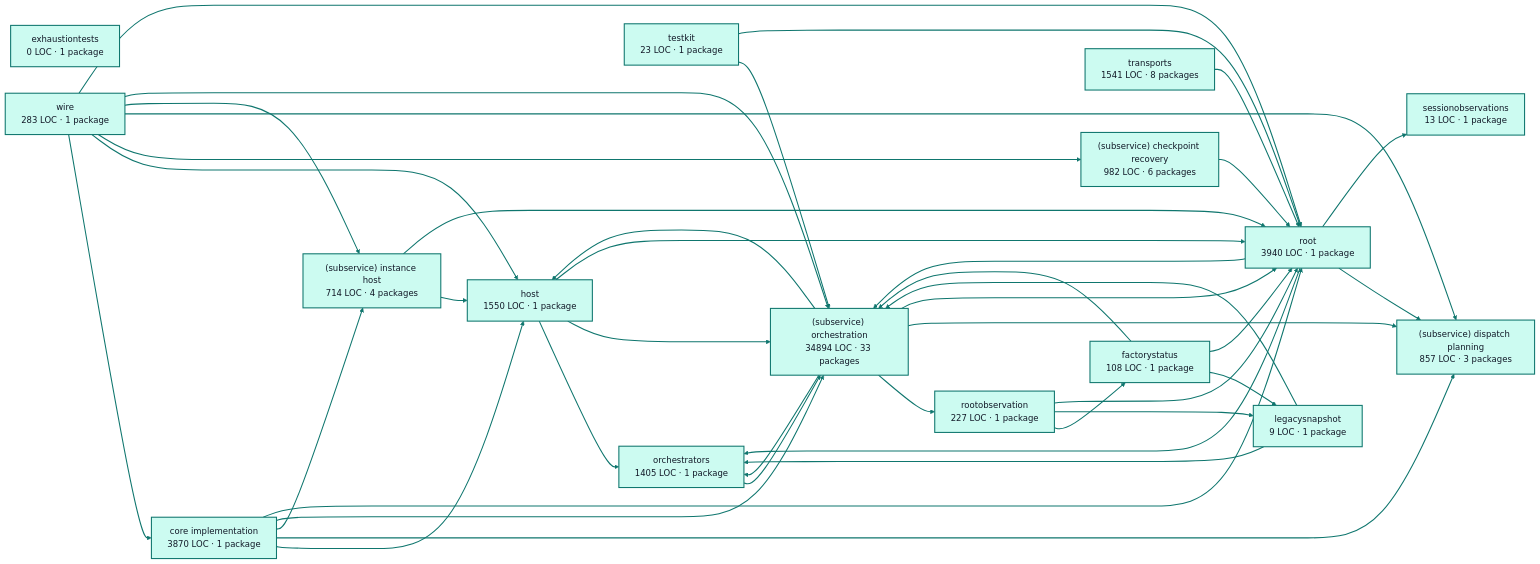
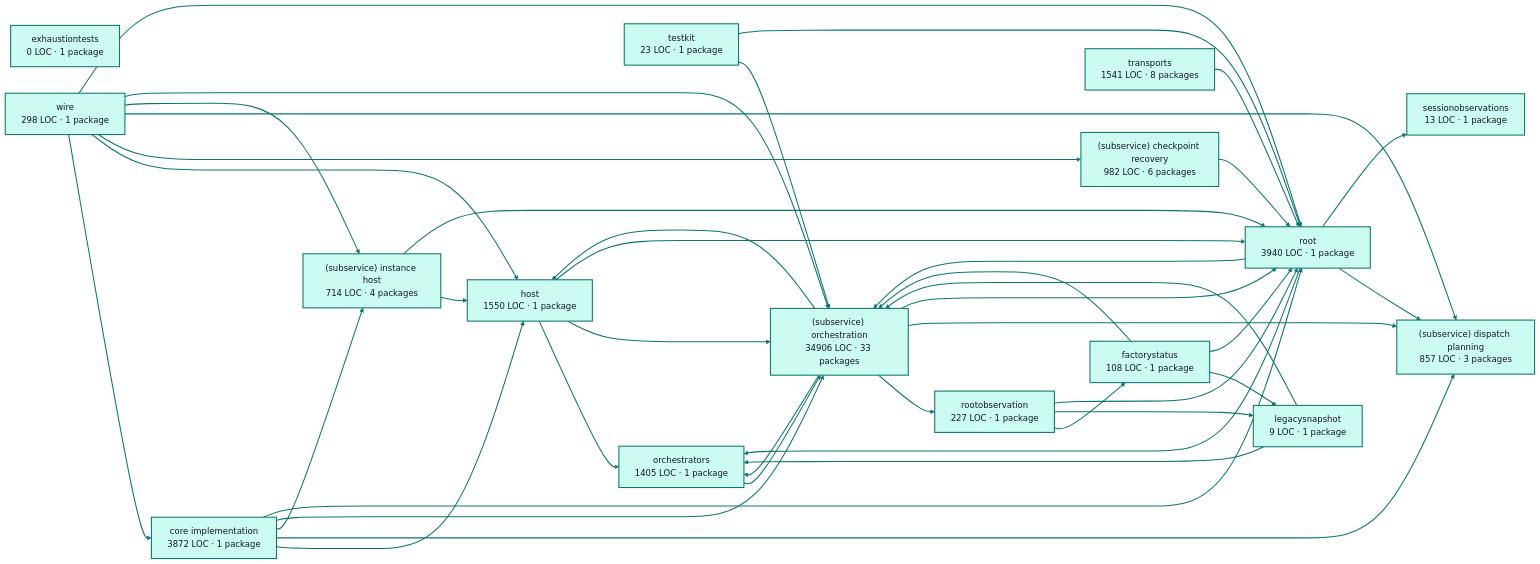
One commit to portpowered/you-agent-factory changed the diagram in docs/architecture/visualizations/services/factory_runtime.md. Above: the diagram before and after it, drawn with Mermaid. The commit also changed other lines of this file and 20 other files, not shown here.

Commit message:
docs: refresh backend architecture visualizations

````diff
--- a/docs/architecture/visualizations/services/factory_runtime.md
+++ b/docs/architecture/visualizations/services/factory_runtime.md
@@ -11,75 +11,75 @@
 ```mermaid
 flowchart LR
-  p0["core implementation<br/>3870 LOC · 1 package"]
+  p0["core implementation<br/>3872 LOC · 1 package"]
   p1["exhaustiontests<br/>0 LOC · 1 package"]
   p2["factorystatus<br/>108 LOC · 1 package"]
   p3["host<br/>1550 LOC · 1 package"]
   p4["legacysnapshot<br/>9 LOC · 1 package"]
   p5["orchestrators<br/>1405 LOC · 1 package"]
   p6["rootobservation<br/>227 LOC · 1 package"]
   p7["(subservice) checkpoint recovery<br/>982 LOC · 6 packages"]
   p8["(subservice) dispatch planning<br/>857 LOC · 3 packages"]
   p9["(subservice) instance host<br/>714 LOC · 4 packages"]
-  p10["(subservice) orchestration<br/>34894 LOC · 33 packages"]
+  p10["(subservice) orchestration<br/>34906 LOC · 33 packages"]
   p11["sessionobservations<br/>13 LOC · 1 package"]
   p12["testkit<br/>23 LOC · 1 package"]
   p13["root<br/>3940 LOC · 1 package"]
   p14["transports<br/>1541 LOC · 8 packages"]
-  p15["wire<br/>283 LOC · 1 package"]
+  p15["wire<br/>298 LOC · 1 package"]
   p0 --> p3
   p0 --> p8
   p0 --> p9
   p0 --> p10
   p0 --> p13
   p2 --> p4
   p2 --> p10
   p2 --> p13
   p3 --> p5
   p3 --> p10
   p3 --> p13
   p4 --> p5
   p4 --> p10
   p5 --> p10
   p6 --> p2
   p6 --> p4
   p6 --> p13
   p7 --> p13
   p9 --> p3
   p9 --> p13
   p10 --> p3
   p10 --> p5
   p10 --> p6
   p10 --> p8
   p10 --> p13
   p12 --> p10
   p12 --> p13
   p13 --> p5
   p13 --> p8
   p13 --> p10
   p13 --> p11
   p14 --> p13
   p15 --> p0
   p15 --> p3
   p15 --> p7
   p15 --> p8
   p15 --> p9
   p15 --> p10
   p15 --> p13
   style p0 fill:#ccfbf1,stroke:#0f766e,stroke-width:2px,color:#111827
   style p1 fill:#ccfbf1,stroke:#0f766e,stroke-width:2px,color:#111827
   style p2 fill:#ccfbf1,stroke:#0f766e,stroke-width:2px,color:#111827
   style p3 fill:#ccfbf1,stroke:#0f766e,stroke-width:2px,color:#111827
   style p4 fill:#ccfbf1,stroke:#0f766e,stroke-width:2px,color:#111827
   style p5 fill:#ccfbf1,stroke:#0f766e,stroke-width:2px,color:#111827
   style p6 fill:#ccfbf1,stroke:#0f766e,stroke-width:2px,color:#111827
   style p7 fill:#ccfbf1,stroke:#0f766e,stroke-width:2px,color:#111827
   style p8 fill:#ccfbf1,stroke:#0f766e,stroke-width:2px,color:#111827
   style p9 fill:#ccfbf1,stroke:#0f766e,stroke-width:2px,color:#111827
   style p10 fill:#ccfbf1,stroke:#0f766e,stroke-width:2px,color:#111827
   style p11 fill:#ccfbf1,stroke:#0f766e,stroke-width:2px,color:#111827
   style p12 fill:#ccfbf1,stroke:#0f766e,stroke-width:2px,color:#111827
   style p13 fill:#ccfbf1,stroke:#0f766e,stroke-width:2px,color:#111827
   style p14 fill:#ccfbf1,stroke:#0f766e,stroke-width:2px,color:#111827
   style p15 fill:#ccfbf1,stroke:#0f766e,stroke-width:2px,color:#111827
   linkStyle default stroke:#0f766e,stroke-width:2px
 ```
````
